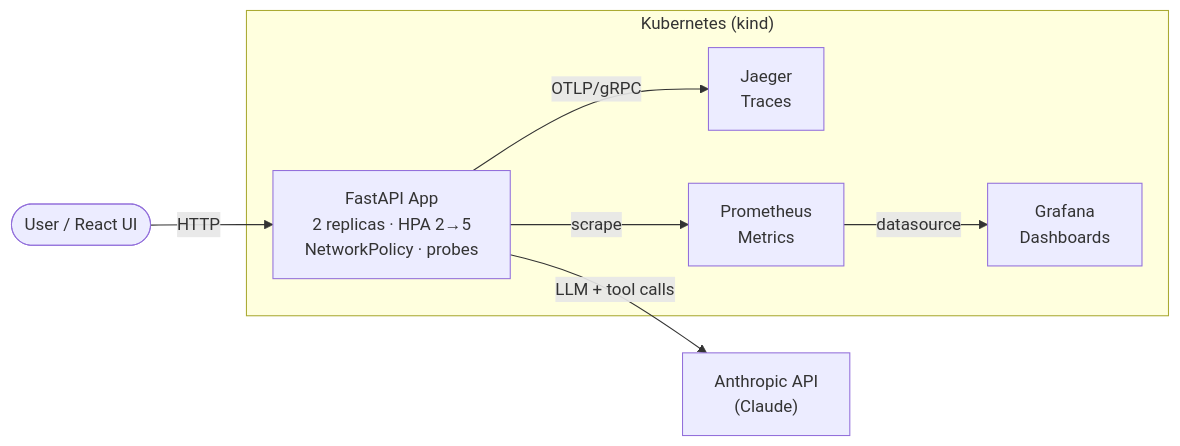
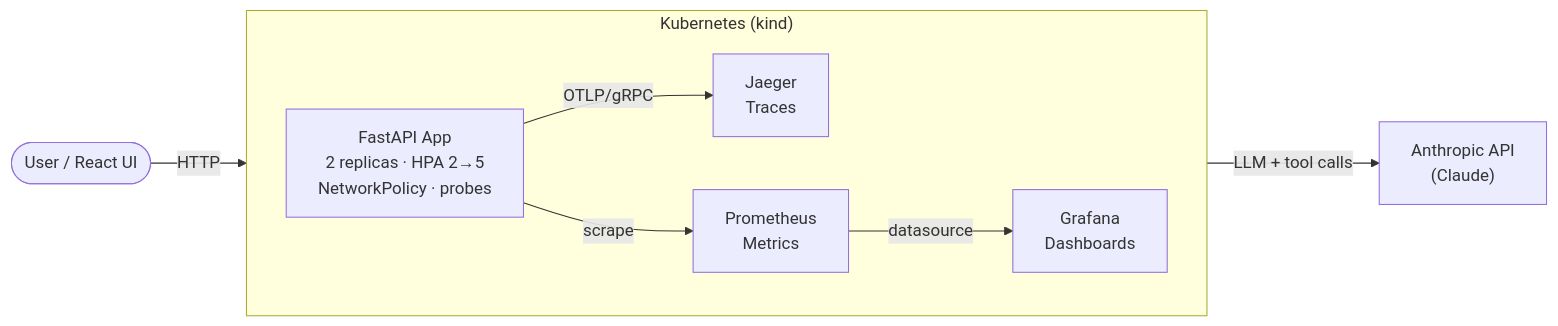
One commit to nvojvodic-white/agent-platform changed the diagram in README.md. Above: the diagram before and after it, drawn with Mermaid.

Commit message:
Fix architecture diagram: keep Anthropic outside K8s boundary

````diff
--- a/README.md
+++ b/README.md
@@ -43,19 +43,20 @@
 ```mermaid
 flowchart LR
     User(["User / React UI"])
-    Anthropic["Anthropic API\n(Claude)"]
 
     subgraph K8s["Kubernetes (kind)"]
+        direction LR
         API["FastAPI App\n2 replicas · HPA 2→5\nNetworkPolicy · probes"]
         Jaeger["Jaeger\nTraces"]
         Prometheus["Prometheus\nMetrics"]
         Grafana["Grafana\nDashboards"]
-
-        API -->|OTLP/gRPC| Jaeger
-        API -->|scrape| Prometheus
-        Prometheus -->|datasource| Grafana
     end
 
+    Anthropic["Anthropic API\n(Claude)"]
+
     User -->|HTTP| API
+    API -->|OTLP/gRPC| Jaeger
+    API -->|scrape| Prometheus
+    Prometheus -->|datasource| Grafana
     API -->|LLM + tool calls| Anthropic
 ```
````
